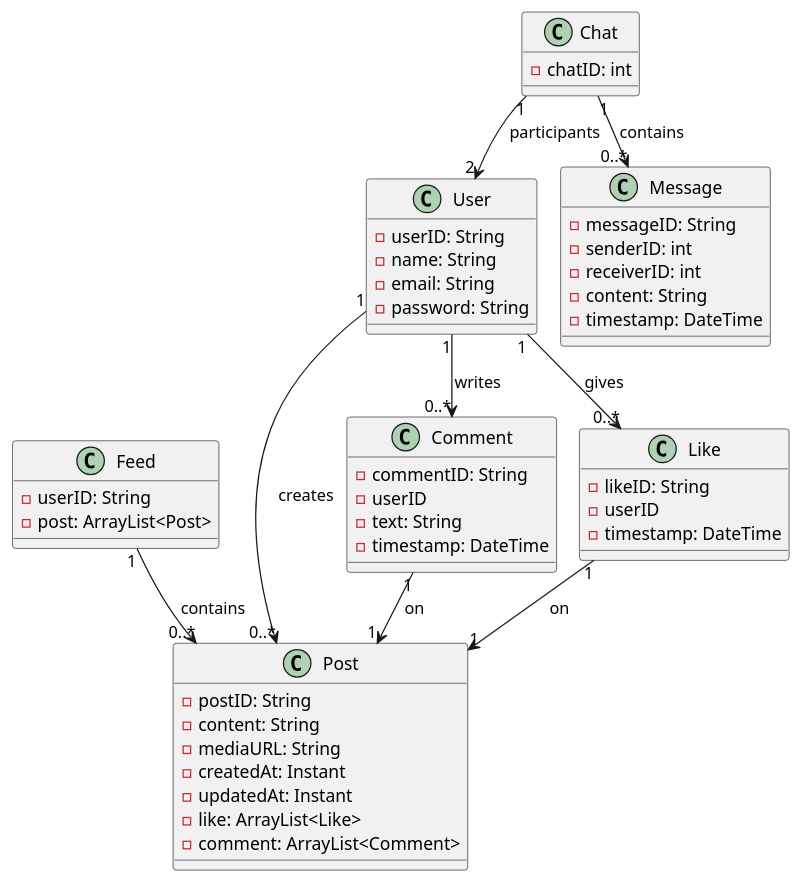
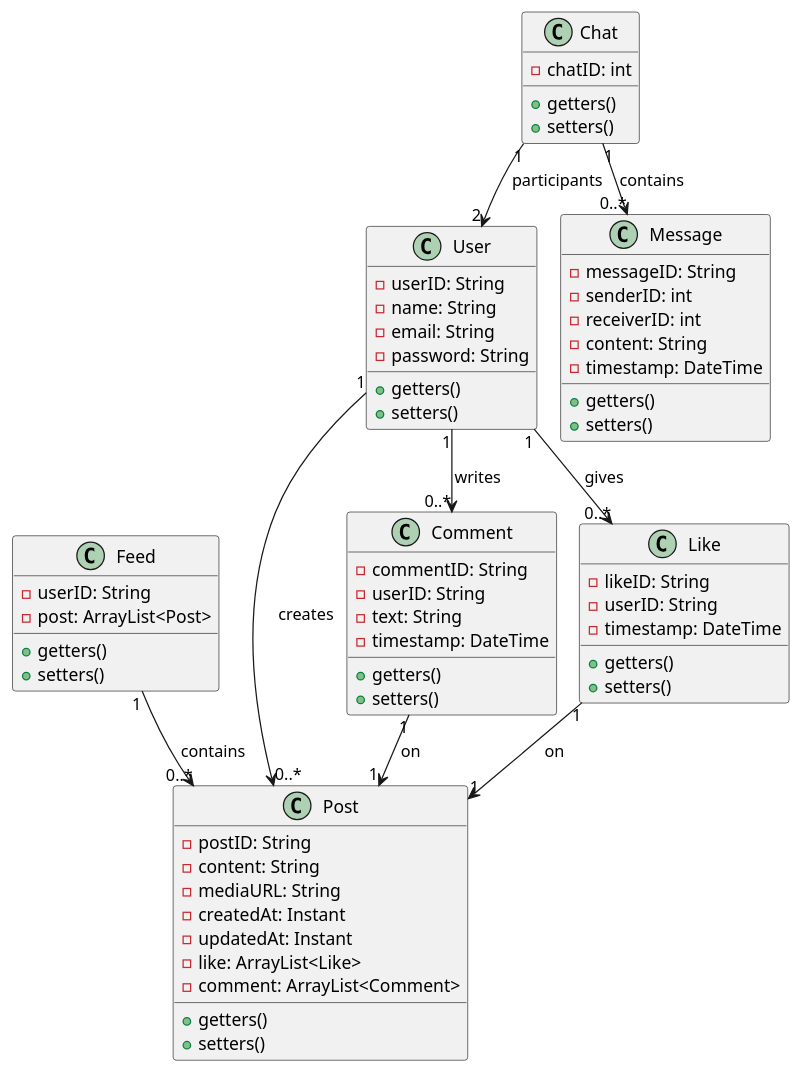
The diagram in Diagrams/ClassDiagram.puml (implaymo/Social-Media-Platform), drawn with PlantUML before and after one commit.

```diff
--- a/Diagrams/ClassDiagram.puml
+++ b/Diagrams/ClassDiagram.puml
@@ -1,78 +1,92 @@
 @startuml
 !pragma layout smetana
 
 ' ======================
 ' Domain Entities
 ' ======================
 
 class User {
   - userID: String
   - name: String
   - email: String
   - password: String
+  + getters()
+  + setters()
 }
 
 class Post {
   - postID: String
   - content: String
   - mediaURL: String
   - createdAt: Instant
   - updatedAt: Instant
   - like: ArrayList<Like>
   - comment: ArrayList<Comment>
+  + getters()
+  + setters()
 }
 
 class Comment {
   - commentID: String
-  - userID
+  - userID: String
   - text: String
   - timestamp: DateTime
+  + getters()
+  + setters()
 }
 
 class Like {
   - likeID: String
-  - userID
+  - userID: String
   - timestamp: DateTime
+  + getters()
+  + setters()
 }
 
 class Chat {
   - chatID: int
+  + getters()
+  + setters()
 }
 
 class Message {
   - messageID: String
   - senderID: int
   - receiverID: int
   - content: String
   - timestamp: DateTime
+  + getters()
+  + setters()
 }
 
 class Feed {
     - userID: String
     - post: ArrayList<Post>
+    + getters()
+    + setters()
 }
 
 ' ======================
 ' Relationships Between Entities
 ' ======================
 
 ' A User creates many Posts; each Post belongs to one User.
 User "1" --> "0..*" Post : creates
 
 ' A User writes many Comments; each Comment is written by one User and on one Post.
 User "1" --> "0..*" Comment : writes
 Comment "1" --> "1" Post : on
 
 ' A User gives many Likes; each Like is by one User on one Post.
 User "1" --> "0..*" Like : gives
 Like "1" --> "1" Post : on
 
 ' A Chat involves two Users (simplified for now as a direct association).
 Chat "1" --> "2" User : participants
 
 ' A Chat contains many Messages; each Message belongs to one Chat.
 Chat "1" --> "0..*" Message : contains
 
 Feed "1" --> "0..*" Post: contains
 
 @enduml
```
